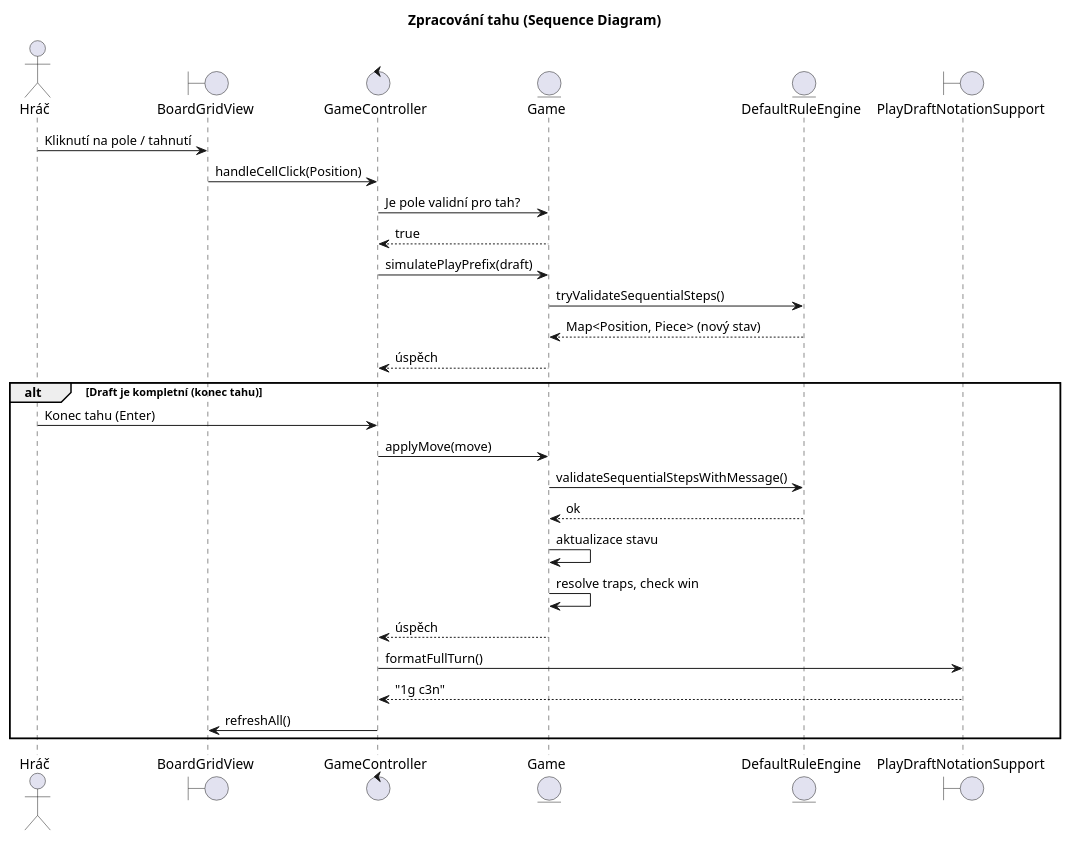
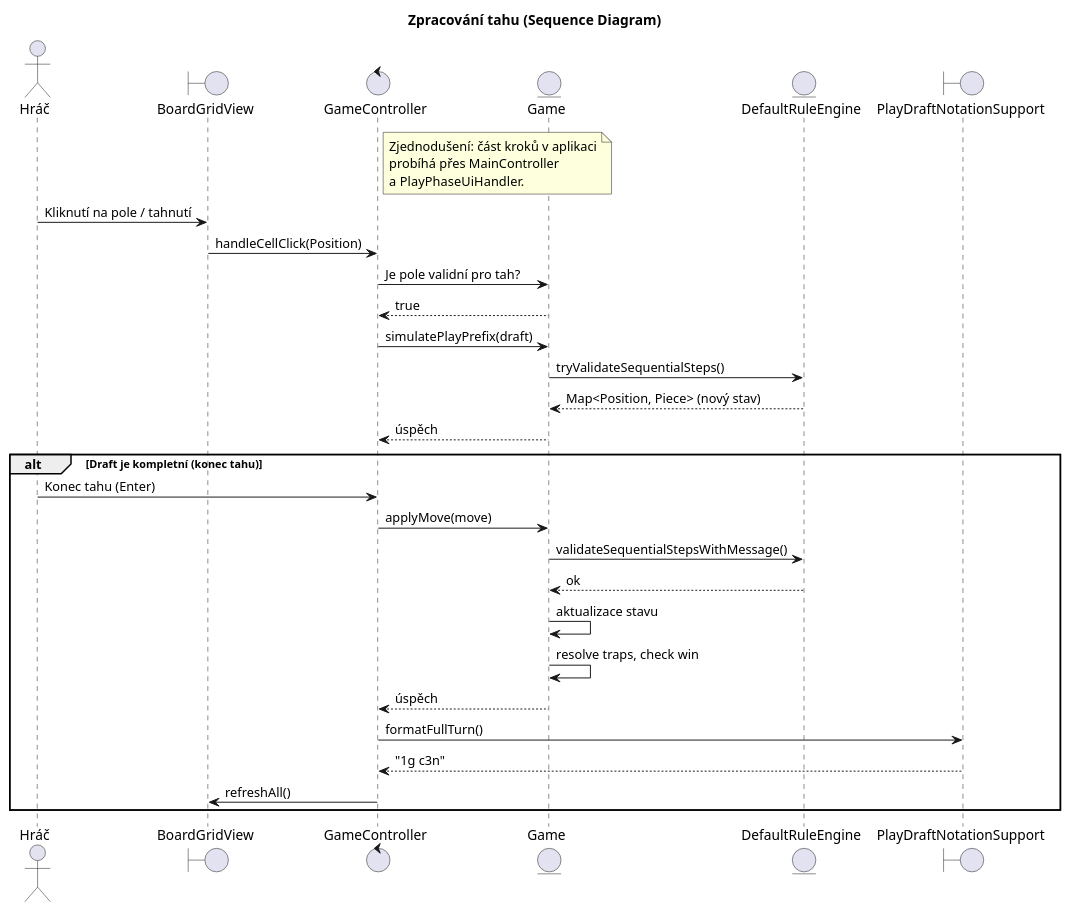
The diagram in Dokumentace/puml/sequence-move.puml (vladimirzubkov/sem-pjv-arimaa), drawn with PlantUML before and after one commit. The commit also changed 5 other files, not shown here.

First line of the commit message:
Technická dokumentace: síťový sequence diagram a úpravy PlantUML.

```diff
--- a/Dokumentace/puml/sequence-move.puml
+++ b/Dokumentace/puml/sequence-move.puml
@@ -1,33 +1,38 @@
 @startuml sequence-move
 title Zpracování tahu (Sequence Diagram)
 
 actor Hráč as User
 boundary "BoardGridView" as Grid
 control "GameController" as Ctrl
+note right of Ctrl
+  Zjednodušení: část kroků v aplikaci
+  probíhá přes MainController
+  a PlayPhaseUiHandler.
+end note
 entity "Game" as Game
 entity "DefaultRuleEngine" as Engine
 boundary "PlayDraftNotationSupport" as Notation
 
 User -> Grid: Kliknutí na pole / tahnutí
 Grid -> Ctrl: handleCellClick(Position)
 Ctrl -> Game: Je pole validní pro tah?
 Game --> Ctrl: true
 Ctrl -> Game: simulatePlayPrefix(draft)
 Game -> Engine: tryValidateSequentialSteps()
 Engine --> Game: Map<Position, Piece> (nový stav)
 Game --> Ctrl: úspěch
 
 alt Draft je kompletní (konec tahu)
     User -> Ctrl: Konec tahu (Enter)
     Ctrl -> Game: applyMove(move)
     Game -> Engine: validateSequentialStepsWithMessage()
     Engine --> Game: ok
     Game -> Game: aktualizace stavu
     Game -> Game: resolve traps, check win
     Game --> Ctrl: úspěch
     Ctrl -> Notation: formatFullTurn()
     Notation --> Ctrl: "1g c3n"
     Ctrl -> Grid: refreshAll()
 end
 
 @enduml
```
